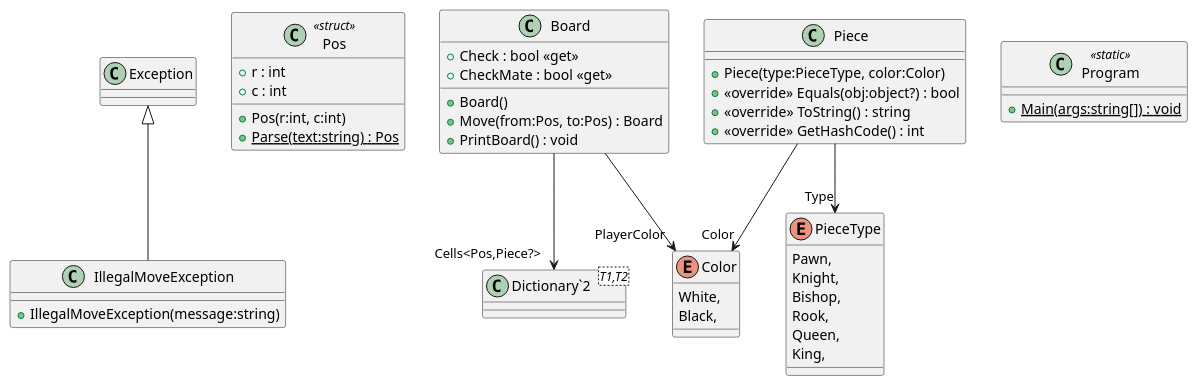
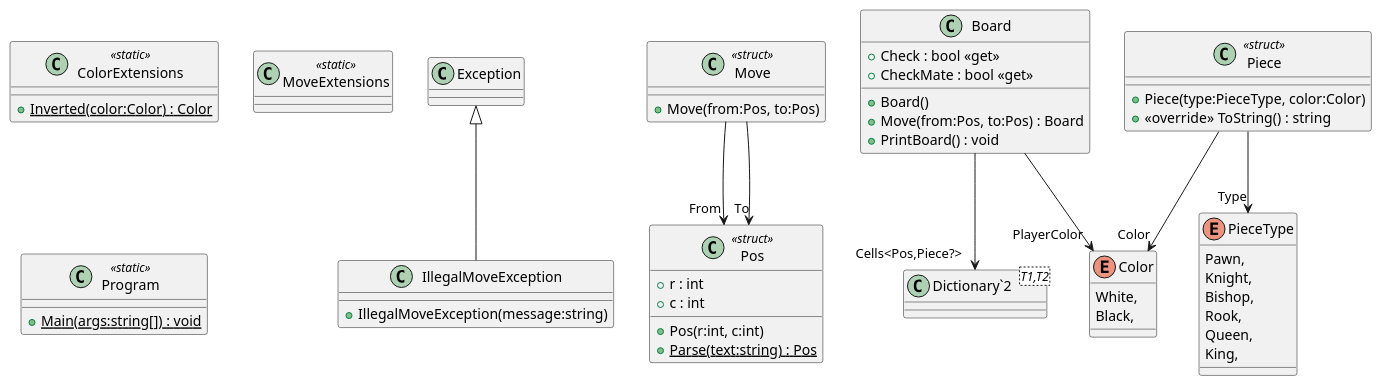
The diagram in plantuml/include.puml (jk-ba/Chess), drawn with PlantUML before and after one commit. The commit also changed 1 other file, not shown here.

```diff
--- a/plantuml/include.puml
+++ b/plantuml/include.puml
@@ -1,46 +1,54 @@
 @startuml
+class ColorExtensions <<static>> {
+    + {static} Inverted(color:Color) : Color
+}
 class IllegalMoveException {
     + IllegalMoveException(message:string)
 }
 Exception <|-- IllegalMoveException
 class Pos <<struct>> {
     + r : int
     + c : int
     + Pos(r:int, c:int)
     + {static} Parse(text:string) : Pos
 }
 class Board {
     + Board()
     + Check : bool <<get>>
     + CheckMate : bool <<get>>
     + Move(from:Pos, to:Pos) : Board
     + PrintBoard() : void
 }
 class "Dictionary`2"<T1,T2> {
 }
 Board --> "PlayerColor" Color
 Board --> "Cells<Pos,Piece?>" "Dictionary`2"
 enum Color {
     White,
     Black,
 }
 enum PieceType {
     Pawn,
     Knight,
     Bishop,
     Rook,
     Queen,
     King,
 }
-class Piece {
+class Piece <<struct>> {
     + Piece(type:PieceType, color:Color)
-    + <<override>> Equals(obj:object?) : bool
     + <<override>> ToString() : string
-    + <<override>> GetHashCode() : int
 }
 Piece --> "Type" PieceType
 Piece --> "Color" Color
+class MoveExtensions <<static>> {
+}
+class Move <<struct>> {
+    + Move(from:Pos, to:Pos)
+}
+Move --> "From" Pos
+Move --> "To" Pos
 class Program <<static>> {
     + {static} Main(args:string[]) : void
 }
 @enduml
```
